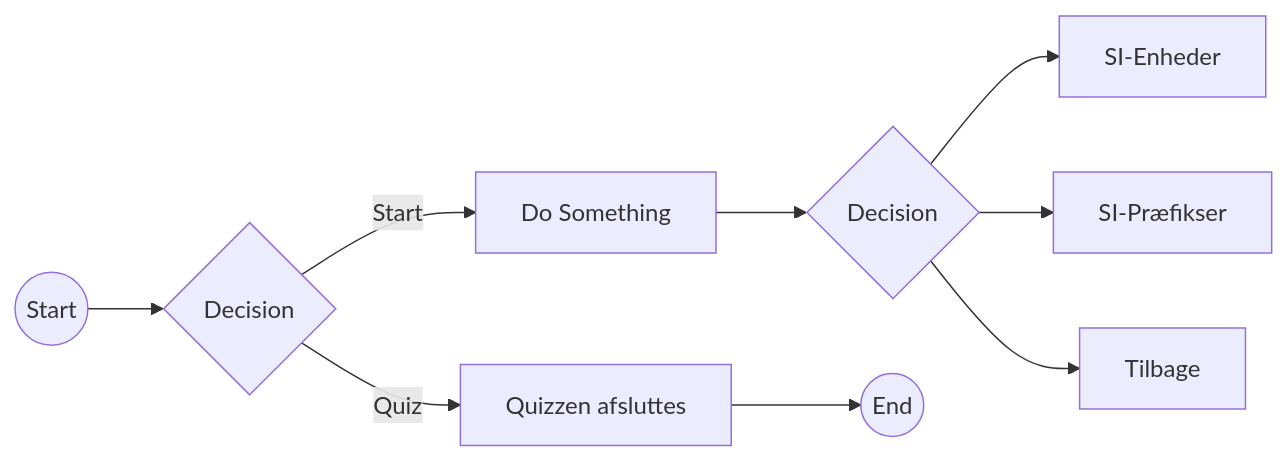
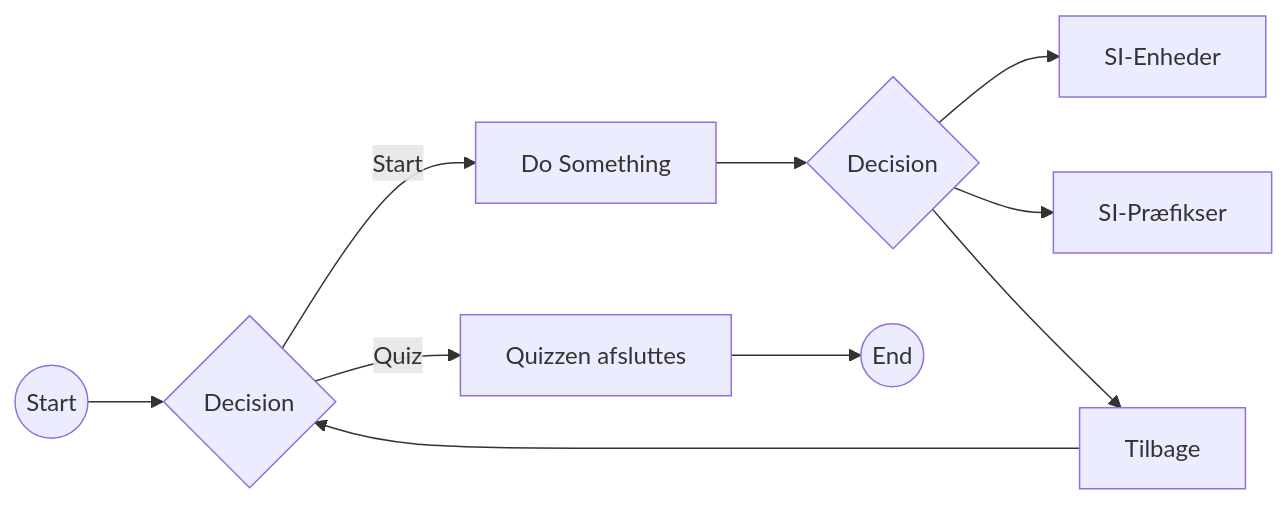
Before and after one commit to mjdvisualz/fysik-quiz-app: the diagram in README.md, drawn with Mermaid.

````diff
--- a/README.md
+++ b/README.md
@@ -16,12 +16,13 @@
 ```mermaid
 graph LR
     A((Start)) --> B{Decision}
     B -->|Start| C[Do Something]
     B -->|Quiz| D[Quizzen afsluttes]
     C --> E{Decision}
     D --> F((End))
     E --> G[SI-Enheder]
     E --> H[SI-Præfikser]
     E --> I[Tilbage]
+    I --> B
 
 ```
````
